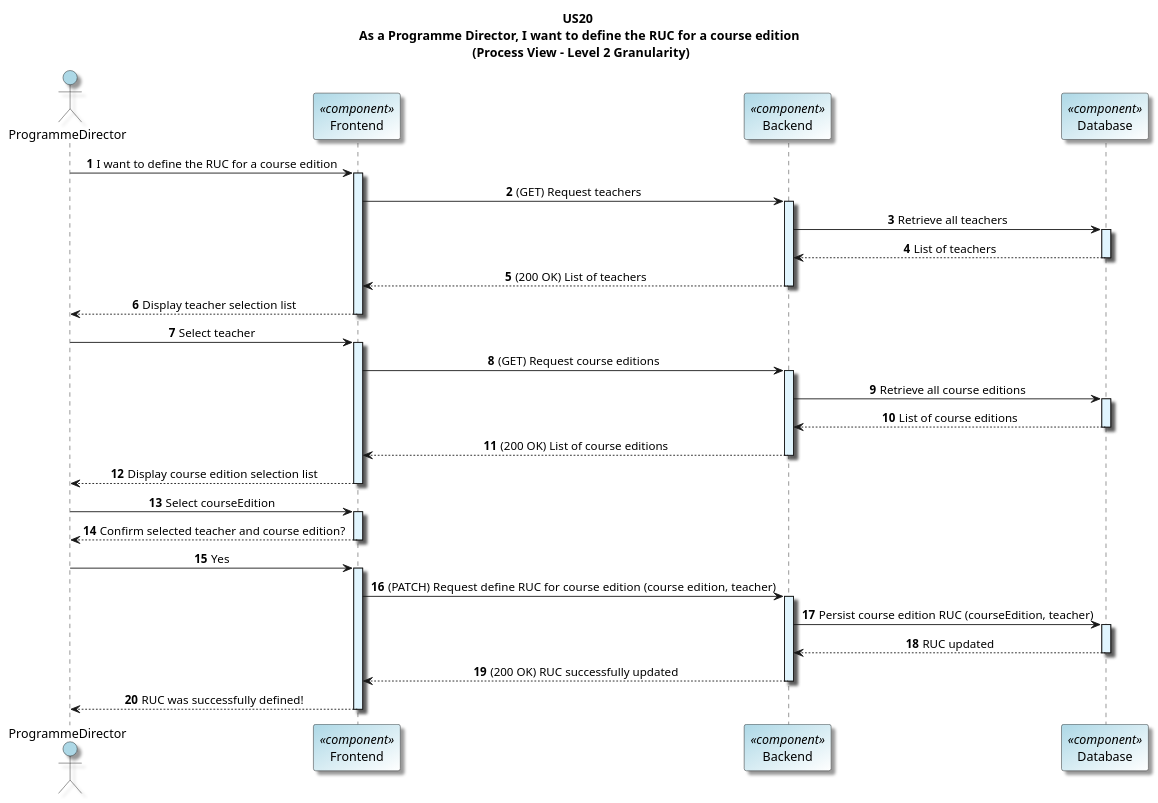
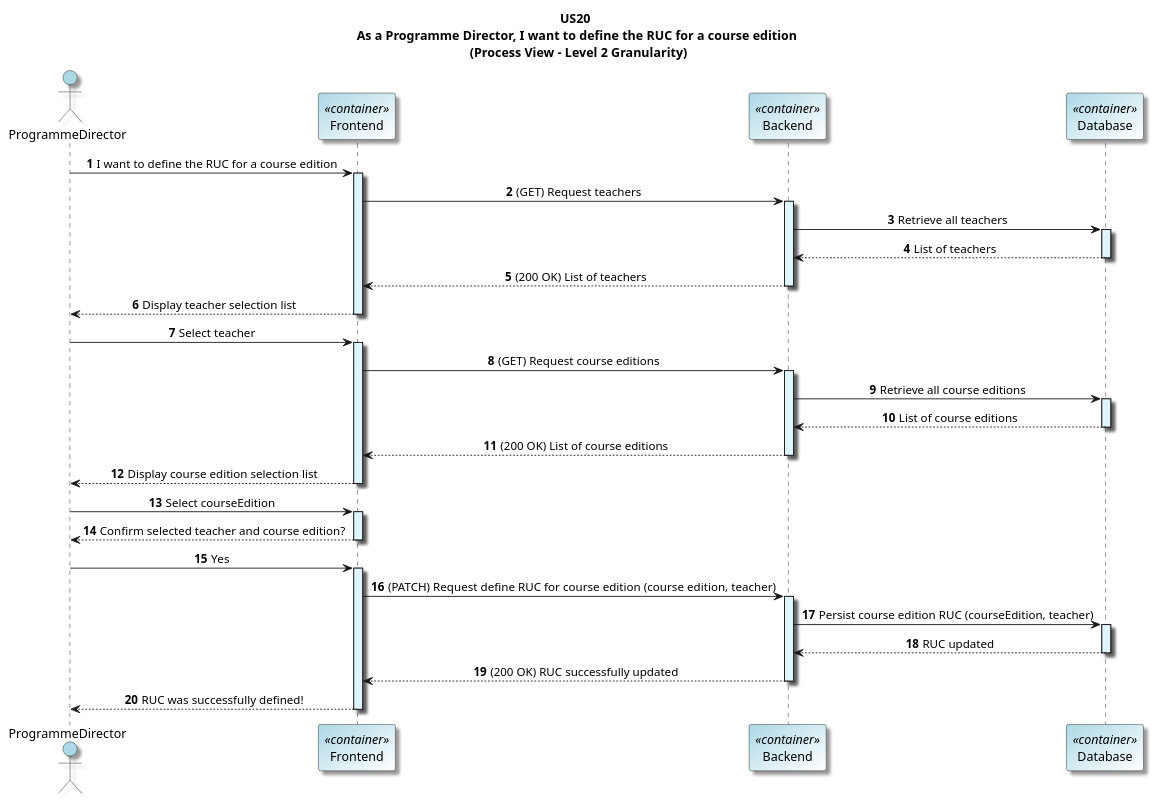
One commit to GasparISEP/DevOps-PAI changed the diagram in docs/US20/sprint6_RestAPI/processView/DefineRUCForACourseEdition_Level2Granularity.puml. Above: the diagram before and after it, drawn with PlantUML. The commit also changed 1 other file, not shown here.

Commit message:
Refs #545 #536. Minor updates on process view diagrams with level 1 and 2 of granularity for define the RUC for a course edition functionality

```diff
--- a/docs/US20/sprint6_RestAPI/processView/DefineRUCForACourseEdition_Level2Granularity.puml
+++ b/docs/US20/sprint6_RestAPI/processView/DefineRUCForACourseEdition_Level2Granularity.puml
@@ -1,74 +1,74 @@
 @startuml
 
 title US20 \n As a Programme Director, I want to define the RUC for a course edition \n (Process View - Level 2 Granularity)
 
 skinparam titleFontName "Verdana"
 skinparam defaultFontName "Verdana"
 skinparam defaultTextAlignment center
 skinparam shadowing true
 skinparam actorBackgroundColor #lightblue
 skinparam participantBackgroundColor #lightblue/white
 
 autonumber
 
 actor ProgrammeDirector as PD
-participant "Frontend" as Frontend <<component>>
-participant "Backend" as Backend <<component>>
-participant "Database" as DB <<component>>
+participant "Frontend" as Frontend <<container>>
+participant "Backend" as Backend <<container>>
+participant "Database" as DB <<container>>
 
 PD -> Frontend: I want to define the RUC for a course edition
 activate Frontend #E1F5FE
 
 ' --- Select teachers ---
 Frontend -> Backend: (GET) Request teachers
 activate Backend  #E1F5FE
 Backend -> DB: Retrieve all teachers
 activate DB  #E1F5FE
 DB --> Backend: List of teachers
 deactivate DB
 Backend --> Frontend: (200 OK) List of teachers
 deactivate Backend
 Frontend --> PD: Display teacher selection list
 
 
 deactivate Frontend
 PD -> Frontend: Select teacher
 activate Frontend #E1F5FE
 
 ' --- Select course edition ---
 Frontend -> Backend: (GET) Request course editions
 activate Backend  #E1F5FE
 Backend -> DB: Retrieve all course editions
 activate DB  #E1F5FE
 DB --> Backend: List of course editions
 deactivate DB
 Backend --> Frontend: (200 OK) List of course editions
 deactivate Backend
 Frontend --> PD: Display course edition selection list
 deactivate Frontend
 
 PD -> Frontend: Select courseEdition
 activate Frontend  #E1F5FE
 
 
 ' --- Confirm ---
 Frontend --> PD: Confirm selected teacher and course edition?
 deactivate Frontend
 PD -> Frontend: Yes
 activate Frontend #E1F5FE
 
 
 ' --- Define RUC ---
 Frontend -> Backend: (PATCH) Request define RUC for course edition (course edition, teacher)
 activate Backend  #E1F5FE
 Backend -> DB: Persist course edition RUC (courseEdition, teacher)
 activate DB  #E1F5FE
 DB --> Backend: RUC updated
 deactivate DB
 Backend --> Frontend: (200 OK) RUC successfully updated
 deactivate Backend
 
 Frontend --> PD: RUC was successfully defined!
 deactivate Frontend
 
 @enduml
```
